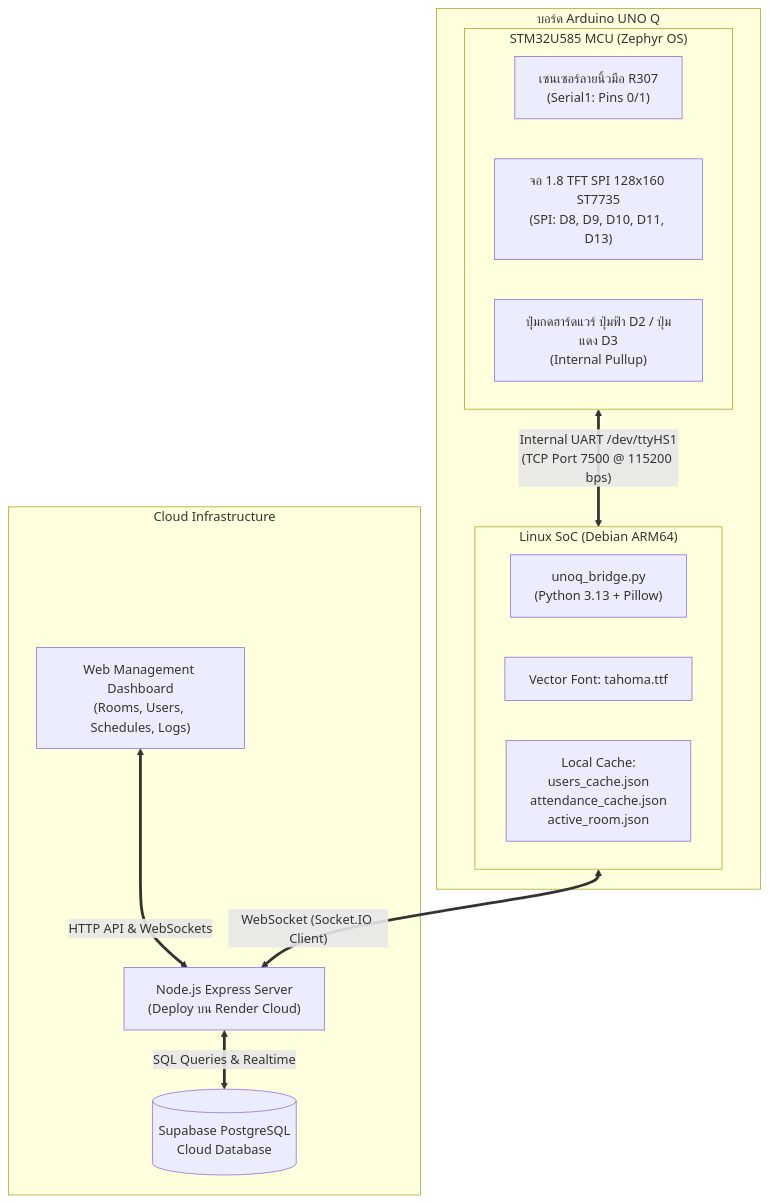
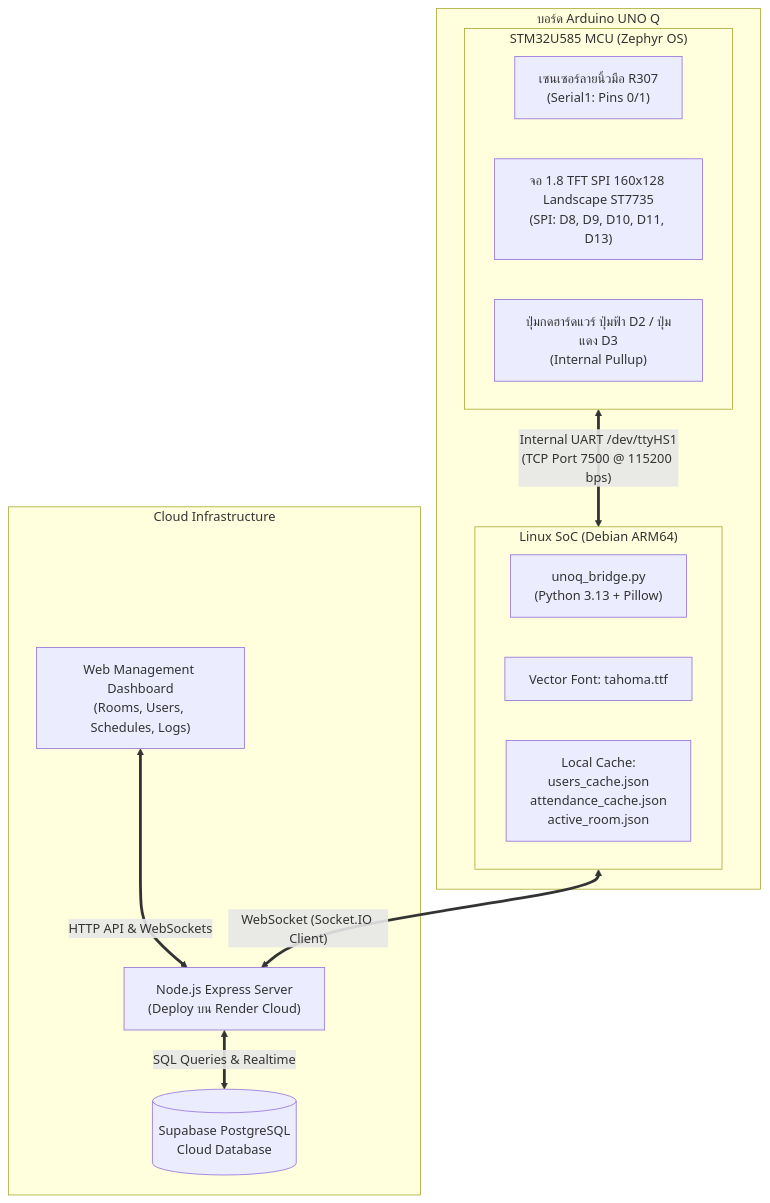
The diagram in README.md (Poomwillbeprogrammer/Fingerprint), drawn with Mermaid before and after one commit. The commit also changed other lines of this file and 4 other files, not shown here.

First line of the commit message:
feat: rotate ST7735 TFT display to 160x128 landscape and add RMUTL zone-based RGB theming (ADR-030)

````diff
--- a/README.md
+++ b/README.md
@@ -60,28 +60,28 @@
 ```mermaid
 flowchart TD
     subgraph Arduino_UNO_Q ["บอร์ด Arduino UNO Q"]
         subgraph STM32 ["STM32U585 MCU (Zephyr OS)"]
             R307["เซนเซอร์ลายนิ้วมือ R307<br/>(Serial1: Pins 0/1)"]
-            TFT["จอ 1.8 TFT SPI 128x160 ST7735<br/>(SPI: D8, D9, D10, D11, D13)"]
+            TFT["จอ 1.8 TFT SPI 160x128 Landscape ST7735<br/>(SPI: D8, D9, D10, D11, D13)"]
             BTN["ปุ่มกดฮาร์ดแวร์ ปุ่มฟ้า D2 / ปุ่มแดง D3<br/>(Internal Pullup)"]
         end
 
         subgraph Linux_SoC ["Linux SoC (Debian ARM64)"]
             Bridge["unoq_bridge.py<br/>(Python 3.13 + Pillow)"]
             Font["Vector Font: tahoma.ttf"]
             LocalCache["Local Cache:<br/>users_cache.json<br/>attendance_cache.json<br/>active_room.json"]
         end
 
         STM32 <== "Internal UART /dev/ttyHS1<br/>(TCP Port 7500 @ 115200 bps)" ==> Linux_SoC
     end
 
     subgraph Cloud ["Cloud Infrastructure"]
         Server["Node.js Express Server<br/>(Deploy บน Render Cloud)"]
         DB[(Supabase PostgreSQL<br/>Cloud Database)]
         WebUI["Web Management Dashboard<br/>(Rooms, Users, Schedules, Logs)"]
     end
 
     Linux_SoC <== "WebSocket (Socket.IO Client)" ==> Server
     Server <== "SQL Queries & Realtime" ==> DB
     WebUI <== "HTTP API & WebSockets" ==> Server
 ```
````
